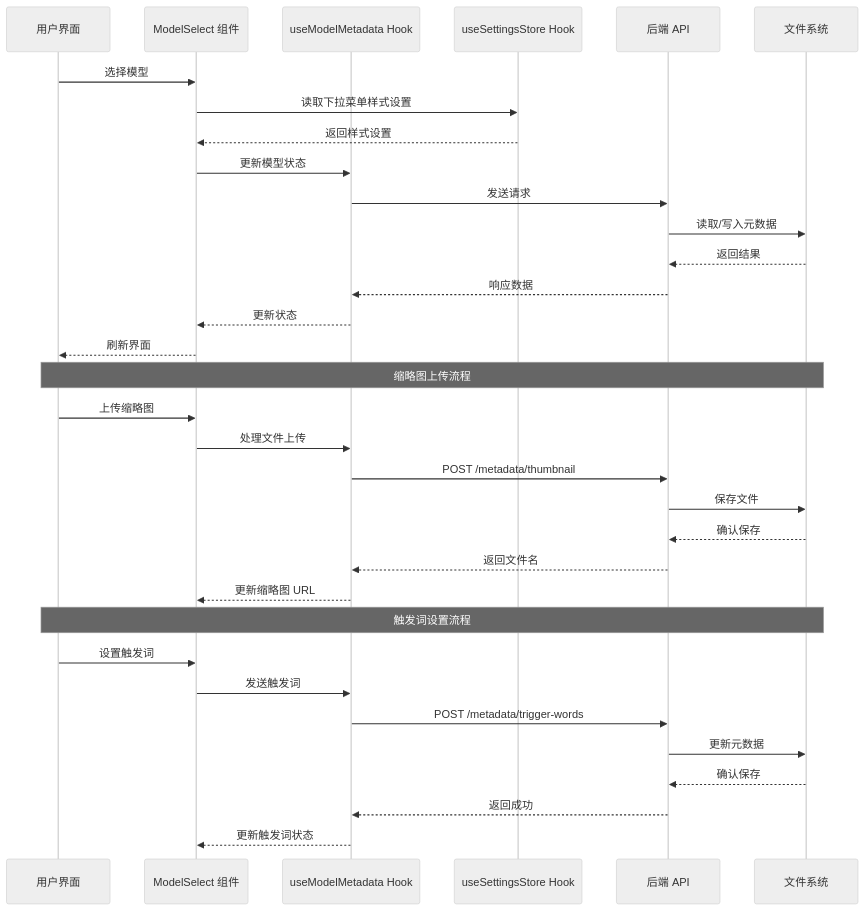
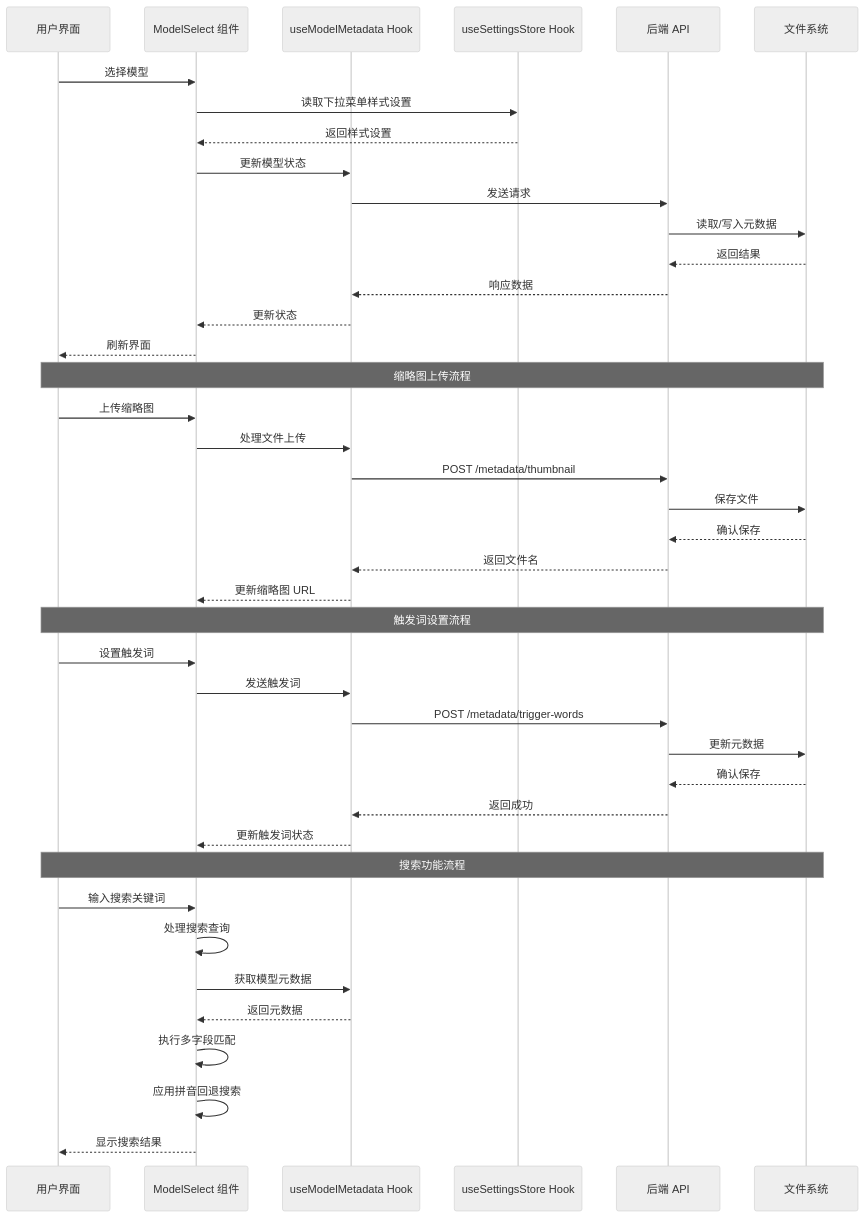
Before and after one commit to billye220670/CorineKit_Pix2Real: the second of 9 diagrams in .qoder/repowiki/zh/content/Model Select Component.md, drawn with Mermaid (neutral theme). The commit also changed other lines of this file and 73 other files, not shown here.

````diff
--- a/.qoder/repowiki/zh/content/Model Select Component.md
+++ b/.qoder/repowiki/zh/content/Model Select Component.md
@@ -151,35 +162,43 @@
 ```mermaid
 sequenceDiagram
 participant U as 用户界面
 participant MS as ModelSelect 组件
 participant UM as useModelMetadata Hook
 participant SS as useSettingsStore Hook
 participant API as 后端 API
 participant FS as 文件系统
 U->>MS : 选择模型
 MS->>SS : 读取下拉菜单样式设置
 SS-->>MS : 返回样式设置
 MS->>UM : 更新模型状态
 UM->>API : 发送请求
 API->>FS : 读取/写入元数据
 FS-->>API : 返回结果
 API-->>UM : 响应数据
 UM-->>MS : 更新状态
 MS-->>U : 刷新界面
 Note over U,FS : 缩略图上传流程
 U->>MS : 上传缩略图
 MS->>UM : 处理文件上传
 UM->>API : POST /metadata/thumbnail
 API->>FS : 保存文件
 FS-->>API : 确认保存
 API-->>UM : 返回文件名
 UM-->>MS : 更新缩略图 URL
 Note over U,FS : 触发词设置流程
 U->>MS : 设置触发词
 MS->>UM : 发送触发词
 UM->>API : POST /metadata/trigger-words
 API->>FS : 更新元数据
 FS-->>API : 确认保存
 API-->>UM : 返回成功
 UM-->>MS : 更新触发词状态
+Note over U,FS : 搜索功能流程
+U->>MS : 输入搜索关键词
+MS->>MS : 处理搜索查询
+MS->>UM : 获取模型元数据
+UM-->>MS : 返回元数据
+MS->>MS : 执行多字段匹配
+MS->>MS : 应用拼音回退搜索
+MS-->>U : 显示搜索结果
 ```
````
